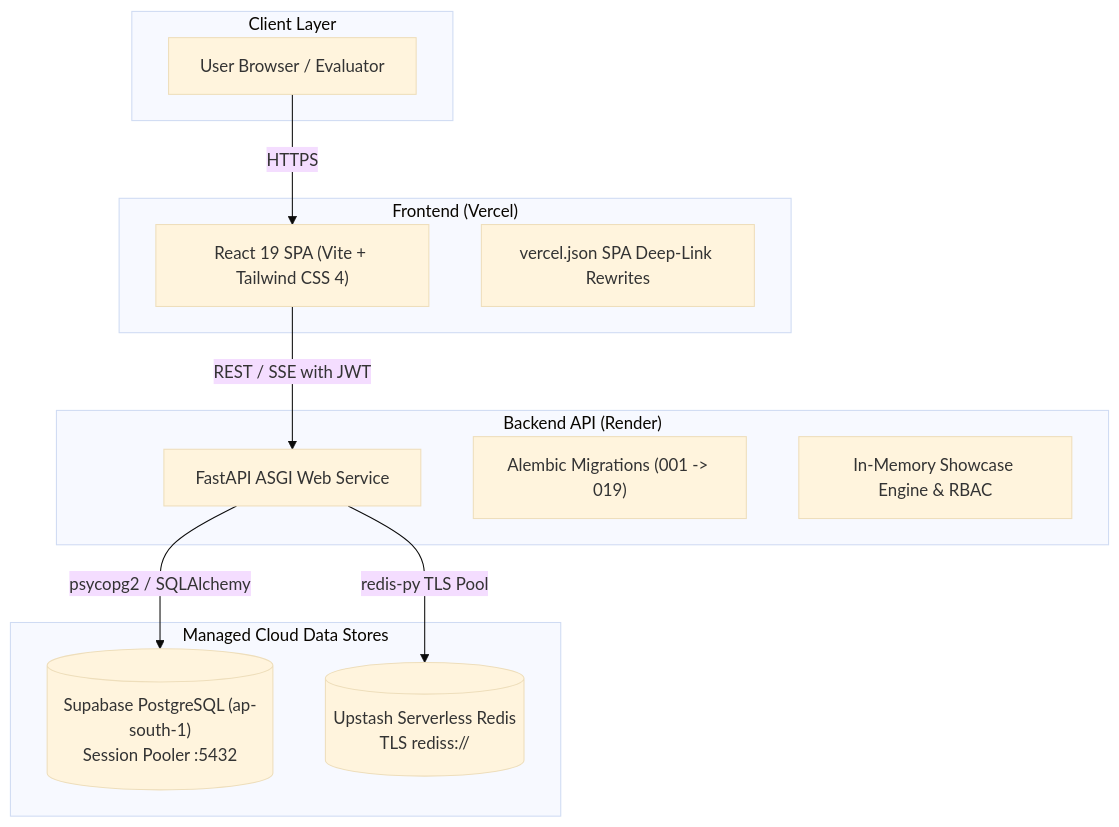
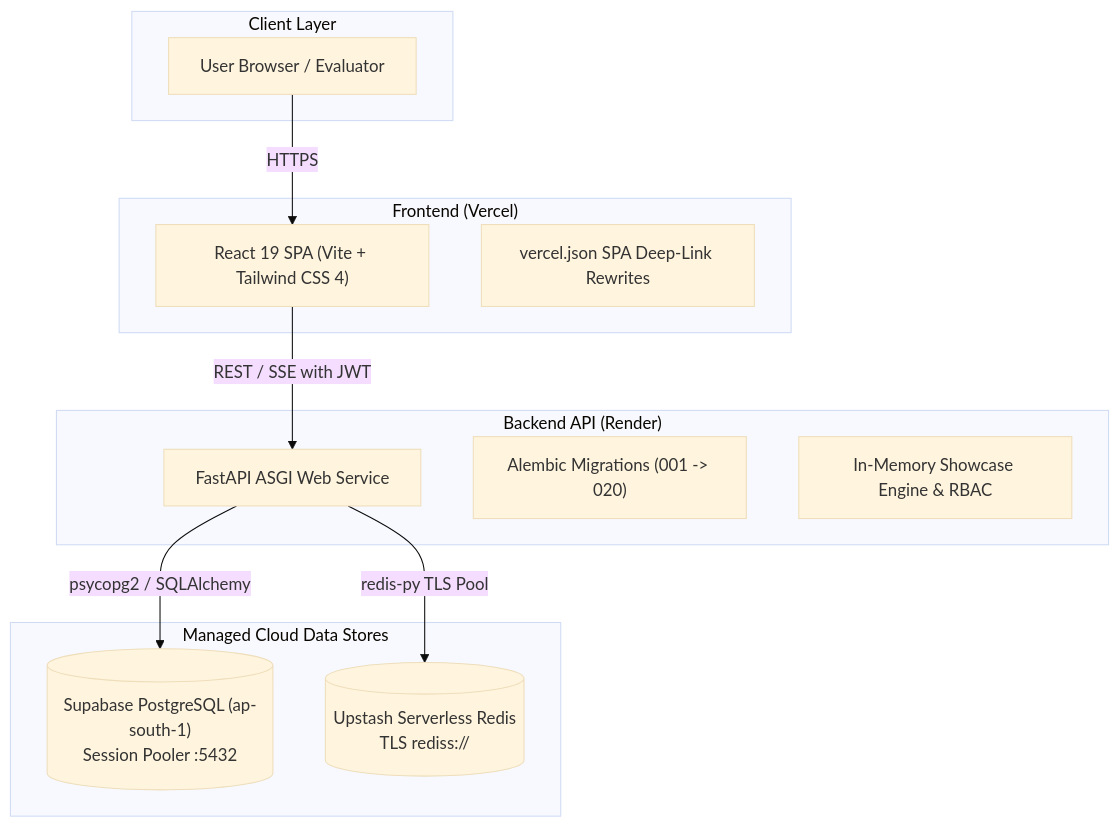
The diagram in docs/FREE-TIER-DEMO-DEPLOYMENT.md (Krish1216-web/AegisAI), drawn with Mermaid (base theme) before and after one commit. The commit also changed other lines of this file and 7 other files, not shown here.

Commit message:
fix: synchronize user avatar and audit schema columns

````diff
--- a/docs/FREE-TIER-DEMO-DEPLOYMENT.md
+++ b/docs/FREE-TIER-DEMO-DEPLOYMENT.md
@@ -13,27 +13,27 @@
 ```mermaid
 flowchart TD
     subgraph Client ["Client Layer"]
         Browser["User Browser / Evaluator"]
     end
 
     subgraph Vercel ["Frontend (Vercel)"]
         SPA["React 19 SPA (Vite + Tailwind CSS 4)"]
         VercelRouting["vercel.json SPA Deep-Link Rewrites"]
     end
 
     subgraph Render ["Backend API (Render)"]
         FastAPI["FastAPI ASGI Web Service"]
-        Alembic["Alembic Migrations (001 -> 019)"]
+        Alembic["Alembic Migrations (001 -> 020)"]
         MemoryCore["In-Memory Showcase Engine & RBAC"]
     end
 
     subgraph ManagedDB ["Managed Cloud Data Stores"]
         Supabase[("Supabase PostgreSQL (ap-south-1)\nSession Pooler :5432")]
         Upstash[("Upstash Serverless Redis\nTLS rediss://")]
     end
 
     Browser -->|HTTPS| SPA
     SPA -->|REST / SSE with JWT| FastAPI
     FastAPI -->|psycopg2 / SQLAlchemy| Supabase
     FastAPI -->|redis-py TLS Pool| Upstash
 ```
````
